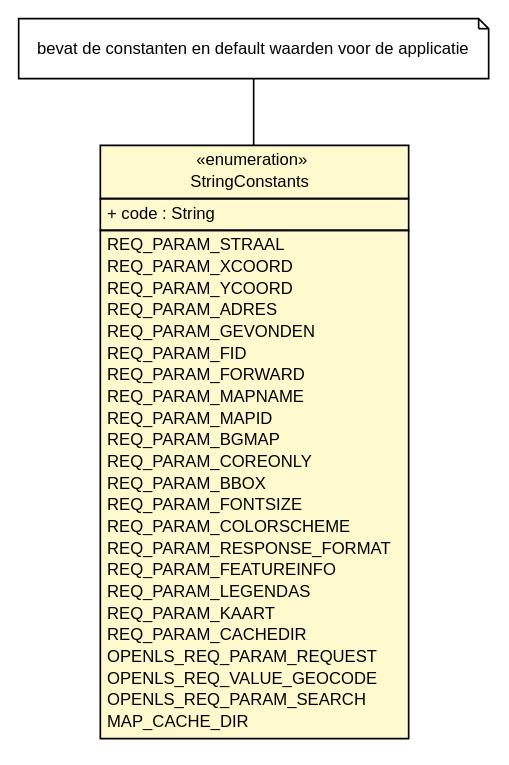
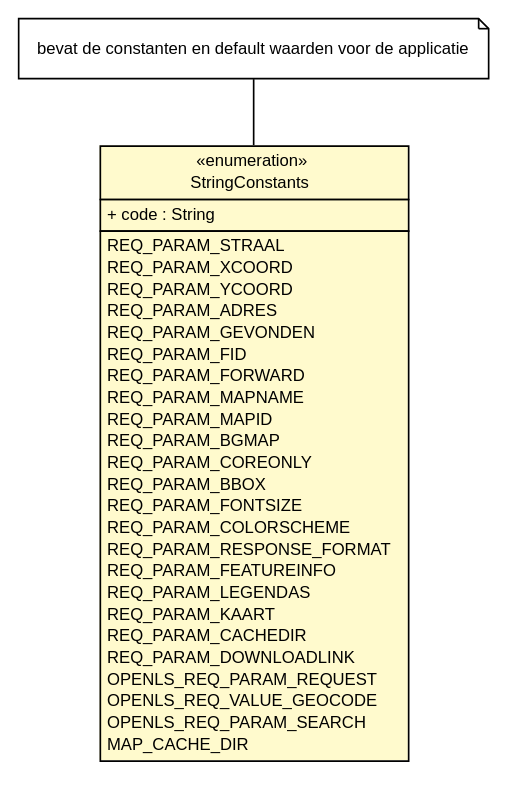
The diagram in apidocs/nl/mineleni/cbsviewer/util/StringConstants.dot (MinELenI/CBSviewer), drawn with Graphviz before and after one commit. The commit also changed 443 other files, not shown here.

```diff
--- a/apidocs/nl/mineleni/cbsviewer/util/StringConstants.dot
+++ b/apidocs/nl/mineleni/cbsviewer/util/StringConstants.dot
@@ -1,54 +1,55 @@
 #!/usr/local/bin/dot
 #
 # Class diagram 
 # Generated by UMLGraph version R5_6 (http://www.umlgraph.org/)
 #
 
 digraph G {
 	edge [fontname="arial",fontsize=10,labelfontname="arial",labelfontsize=10];
 	node [fontname="arial",fontsize=10,shape=plaintext];
 	nodesep=0.25;
 	ranksep=0.5;
 	// nl.mineleni.cbsviewer.util.StringConstants
 	c5547 [label=<<table title="nl.mineleni.cbsviewer.util.StringConstants" border="0" cellborder="1" cellspacing="0" cellpadding="2" port="p" bgcolor="lemonChiffon" href="./StringConstants.html">
 		<tr><td><table border="0" cellspacing="0" cellpadding="1">
 <tr><td align="center" balign="center"> &#171;enumeration&#187; </td></tr>
 <tr><td align="center" balign="center"> StringConstants </td></tr>
 		</table></td></tr>
 		<tr><td><table border="0" cellspacing="0" cellpadding="1">
 <tr><td align="left" balign="left"> + code : String </td></tr>
 		</table></td></tr>
 		<tr><td><table border="0" cellspacing="0" cellpadding="1">
 <tr><td align="left" balign="left"> REQ_PARAM_STRAAL </td></tr>
 <tr><td align="left" balign="left"> REQ_PARAM_XCOORD </td></tr>
 <tr><td align="left" balign="left"> REQ_PARAM_YCOORD </td></tr>
 <tr><td align="left" balign="left"> REQ_PARAM_ADRES </td></tr>
 <tr><td align="left" balign="left"> REQ_PARAM_GEVONDEN </td></tr>
 <tr><td align="left" balign="left"> REQ_PARAM_FID </td></tr>
 <tr><td align="left" balign="left"> REQ_PARAM_FORWARD </td></tr>
 <tr><td align="left" balign="left"> REQ_PARAM_MAPNAME </td></tr>
 <tr><td align="left" balign="left"> REQ_PARAM_MAPID </td></tr>
 <tr><td align="left" balign="left"> REQ_PARAM_BGMAP </td></tr>
 <tr><td align="left" balign="left"> REQ_PARAM_COREONLY </td></tr>
 <tr><td align="left" balign="left"> REQ_PARAM_BBOX </td></tr>
 <tr><td align="left" balign="left"> REQ_PARAM_FONTSIZE </td></tr>
 <tr><td align="left" balign="left"> REQ_PARAM_COLORSCHEME </td></tr>
 <tr><td align="left" balign="left"> REQ_PARAM_RESPONSE_FORMAT </td></tr>
 <tr><td align="left" balign="left"> REQ_PARAM_FEATUREINFO </td></tr>
 <tr><td align="left" balign="left"> REQ_PARAM_LEGENDAS </td></tr>
 <tr><td align="left" balign="left"> REQ_PARAM_KAART </td></tr>
 <tr><td align="left" balign="left"> REQ_PARAM_CACHEDIR </td></tr>
+<tr><td align="left" balign="left"> REQ_PARAM_DOWNLOADLINK </td></tr>
 <tr><td align="left" balign="left"> OPENLS_REQ_PARAM_REQUEST </td></tr>
 <tr><td align="left" balign="left"> OPENLS_REQ_VALUE_GEOCODE </td></tr>
 <tr><td align="left" balign="left"> OPENLS_REQ_PARAM_SEARCH </td></tr>
 <tr><td align="left" balign="left"> MAP_CACHE_DIR </td></tr>
 		</table></td></tr>
 		</table>>, URL="./StringConstants.html", fontname="arial", fontcolor="black", fontsize=10.0];
 	// Note annotation
 	n0cc5547 [label=<<table title="nl.mineleni.cbsviewer.util.StringConstants" border="0" cellborder="0" cellspacing="0" cellpadding="2" port="p" href="./StringConstants.html">
 		<tr><td><table border="0" cellspacing="0" cellpadding="1">
 <tr><td align="left" balign="left"> bevat de constanten en default waarden voor de applicatie </td></tr>
 		</table></td></tr>
 		</table>>, fontname="arial", fontcolor="black", fontsize=10.0, shape=note];
 	n0cc5547 -> c5547:p[arrowhead=none];
 }
```
